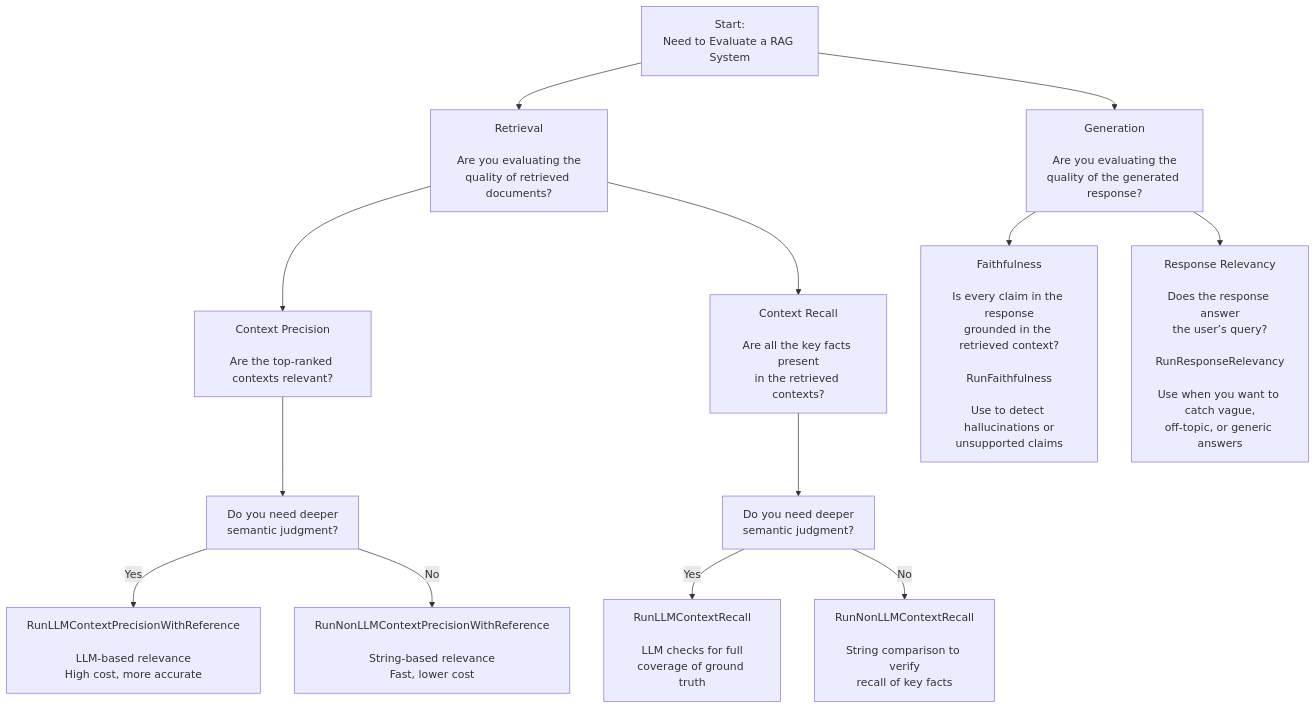
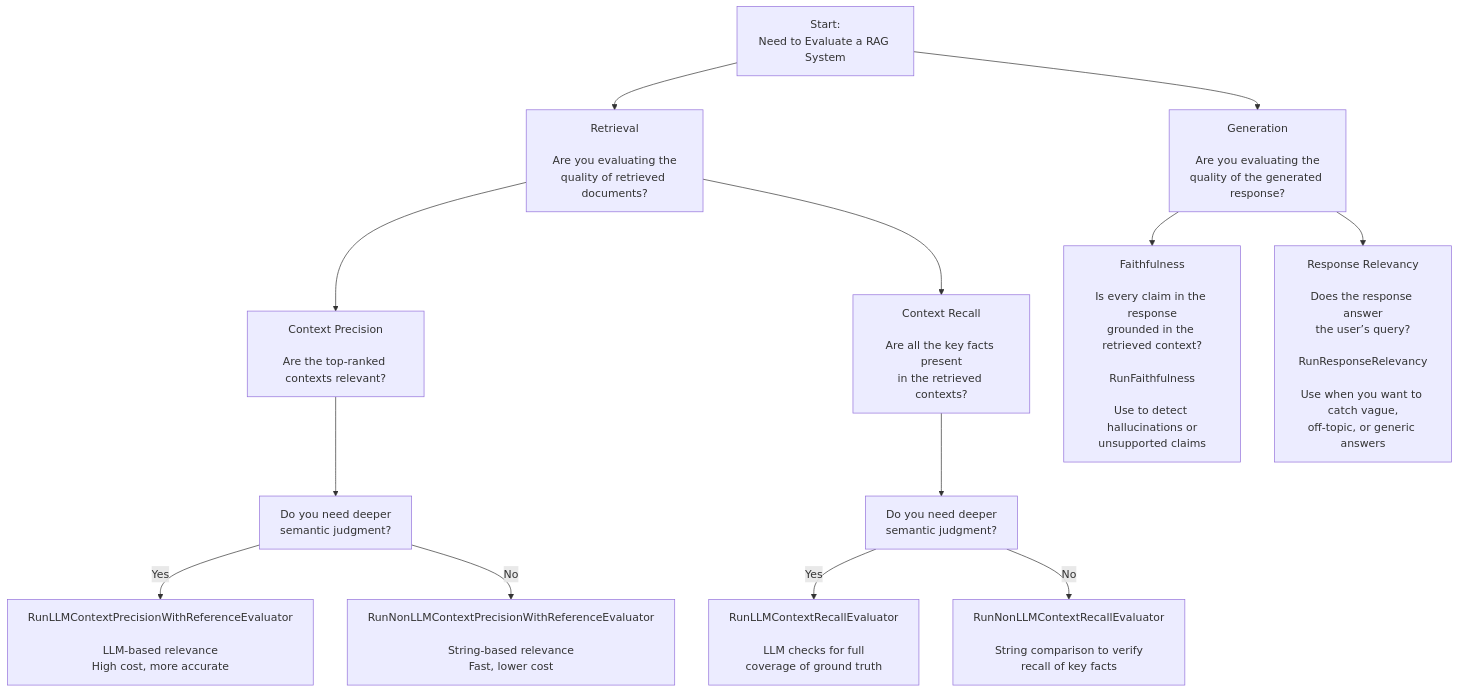
Before and after one commit to audaciaconsulting/audacia-llm-evaluation: the second of 6 diagrams in README.md, drawn with Mermaid. The commit also changed other lines of this file and 6 other files, not shown here.

````diff
--- a/README.md
+++ b/README.md
@@ -223,23 +223,23 @@
 ```mermaid
 flowchart
     A[Start:\nNeed to Evaluate a RAG System] --> B[Retrieval\n\nAre you evaluating the\nquality of retrieved documents?]
     A --> C[Generation\n\nAre you evaluating the\nquality of the generated response?]
 
     %% --- Retrieval Split ---
     B --> B1[Context Precision\n\nAre the top-ranked contexts relevant?]
     B --> B2[Context Recall\n\nAre all the key facts present\nin the retrieved contexts?]
 
     %% --- Context Precision Decision ---
     B1 --> B1a[Do you need deeper\nsemantic judgment?]
-    B1a -->|Yes| B1b[RunLLMContextPrecisionWithReference\n\nLLM-based relevance\nHigh cost, more accurate]
-    B1a -->|No| B1c[RunNonLLMContextPrecisionWithReference\n\nString-based relevance\nFast, lower cost]
+    B1a -->|Yes| B1b[RunLLMContextPrecisionWithReferenceEvaluator\n\nLLM-based relevance\nHigh cost, more accurate]
+    B1a -->|No| B1c[RunNonLLMContextPrecisionWithReferenceEvaluator\n\nString-based relevance\nFast, lower cost]
 
     %% --- Context Recall Decision ---
     B2 --> B2a[Do you need deeper\nsemantic judgment?]
-    B2a -->|Yes| B2b[RunLLMContextRecall\n\nLLM checks for full\ncoverage of ground truth]
-    B2a -->|No| B2c[RunNonLLMContextRecall\n\nString comparison to verify\nrecall of key facts]
+    B2a -->|Yes| B2b[RunLLMContextRecallEvaluator\n\nLLM checks for full\ncoverage of ground truth]
+    B2a -->|No| B2c[RunNonLLMContextRecallEvaluator\n\nString comparison to verify\nrecall of key facts]
 
     %% --- Generation Metrics ---
     C --> C1[Faithfulness\n\nIs every claim in the response\ngrounded in the retrieved context?\n\nRunFaithfulness\n\nUse to detect hallucinations or\nunsupported claims]
     C --> C2[Response Relevancy\n\nDoes the response answer\nthe user’s query?\n\nRunResponseRelevancy\n\nUse when you want to catch vague,\noff-topic, or generic answers]
 ```
````
